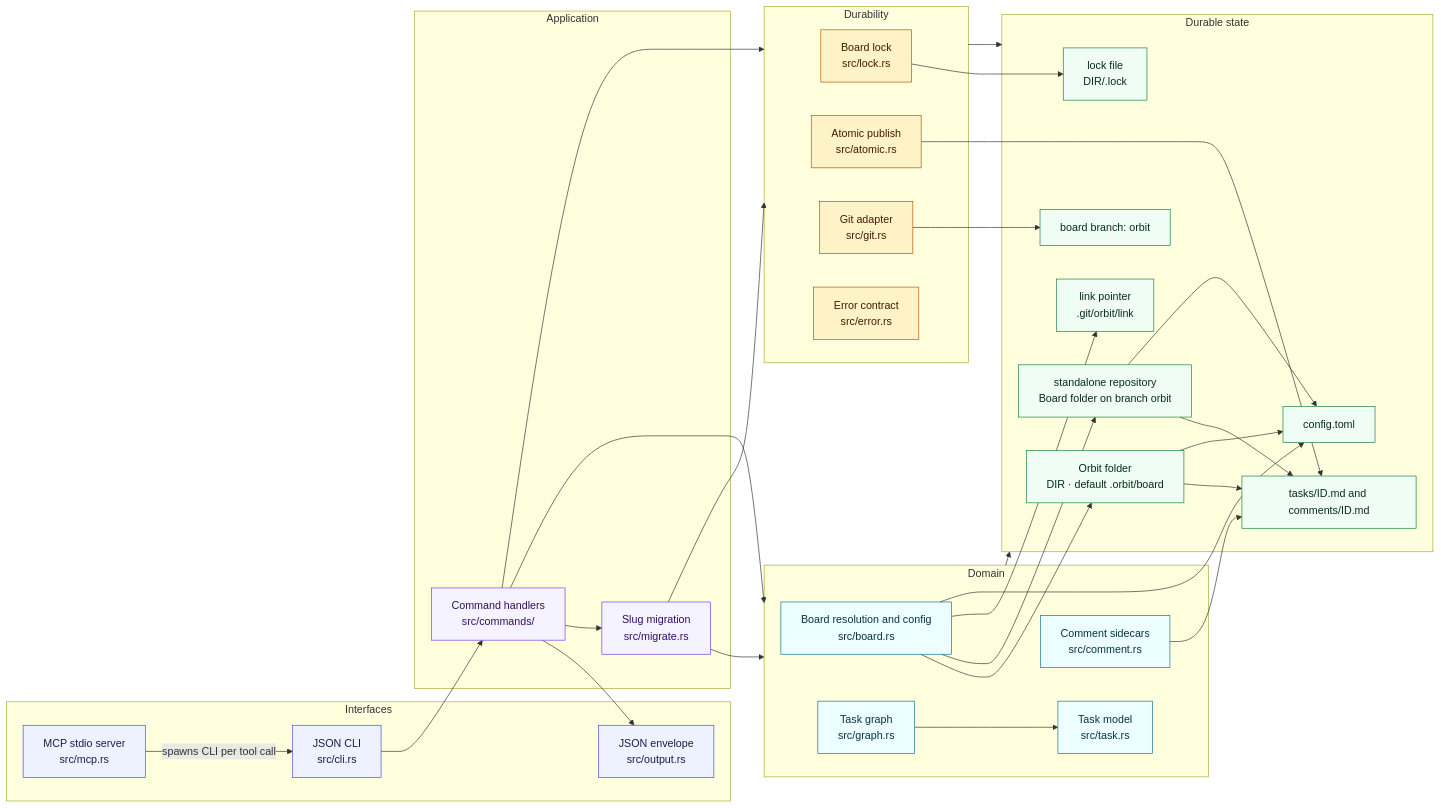
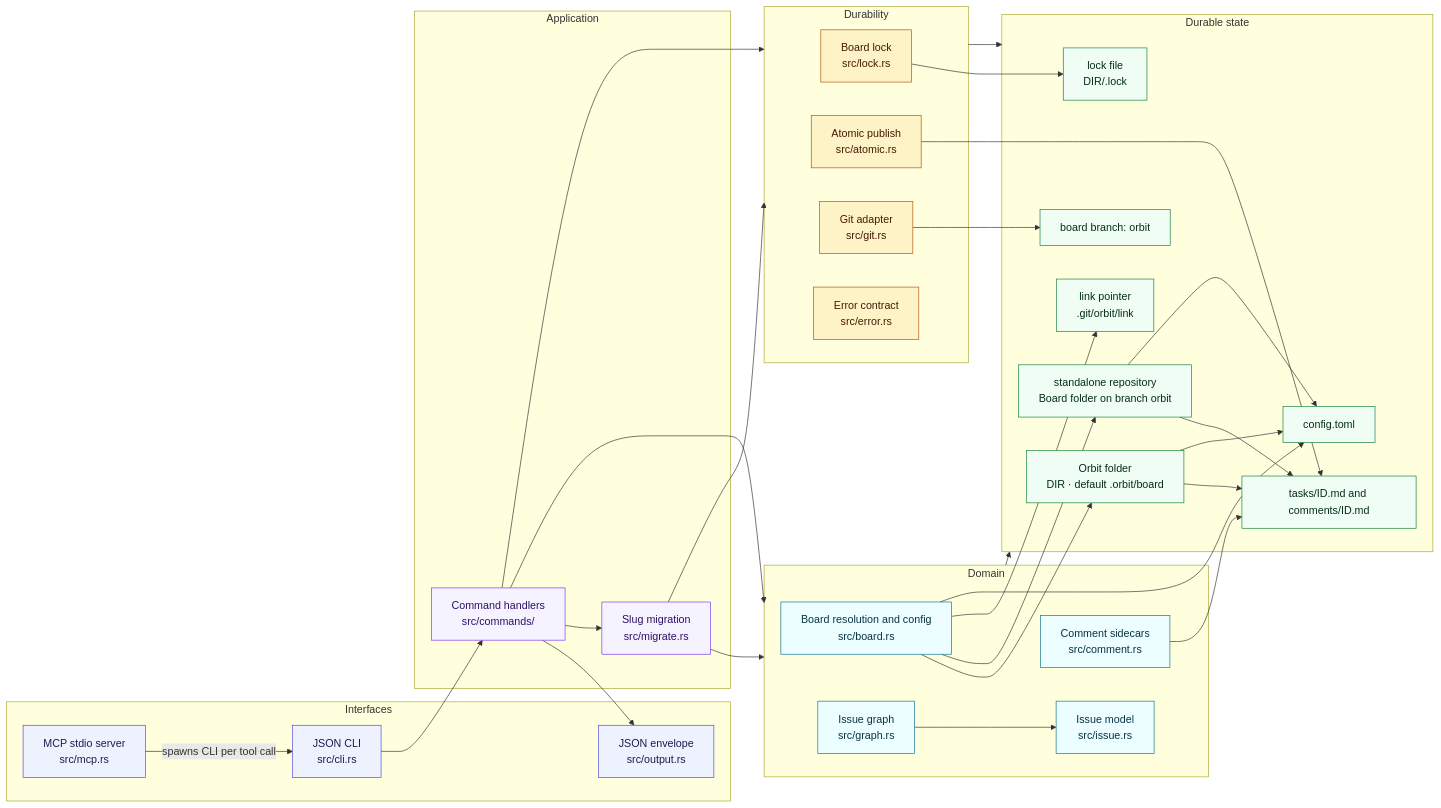
Before and after one commit to rcmendes/orbit: the diagram in docs/SPEC.md, drawn with Mermaid. The commit also changed other lines of this file and 16 other files, not shown here.

````diff
--- a/docs/SPEC.md
+++ b/docs/SPEC.md
@@ -42,73 +42,73 @@
 ```mermaid
 flowchart LR
     subgraph Interfaces["Interfaces"]
         CLI["JSON CLI<br/>src/cli.rs"]
         MCP["MCP stdio server<br/>src/mcp.rs"]
         OUT["JSON envelope<br/>src/output.rs"]
     end
 
     subgraph Application["Application"]
         CMD["Command handlers<br/>src/commands/"]
         MIGRATE["Slug migration<br/>src/migrate.rs"]
     end
 
     subgraph Domain["Domain"]
         BOARD["Board resolution and config<br/>src/board.rs"]
-        GRAPH["Task graph<br/>src/graph.rs"]
-        TASK["Task model<br/>src/task.rs"]
+        GRAPH["Issue graph<br/>src/graph.rs"]
+        TASK["Issue model<br/>src/issue.rs"]
         COMMENTS["Comment sidecars<br/>src/comment.rs"]
     end
 
     subgraph Durability["Durability"]
         LOCK["Board lock<br/>src/lock.rs"]
         ATOMIC["Atomic publish<br/>src/atomic.rs"]
         GIT["Git adapter<br/>src/git.rs"]
         ERR["Error contract<br/>src/error.rs"]
     end
 
     subgraph Data["Durable state"]
         BRANCH["board branch: orbit"]
         ORBITFOLDER["Orbit folder<br/>DIR · default .orbit/board"]
         STANDALONE["standalone repository<br/>Board folder on branch orbit"]
         LINK["link pointer<br/>.git/orbit/link"]
         FILES["tasks/ID.md and comments/ID.md"]
         CONFIG["config.toml"]
         LOCKFILE["lock file<br/>DIR/.lock"]
     end
 
     CLI --> CMD
     MCP -->|spawns CLI per tool call| CLI
     CMD --> OUT
     CMD --> MIGRATE
     CMD --> Domain
     CMD --> Durability
     MIGRATE --> Domain
     MIGRATE --> Durability
     Domain --> Data
     Durability --> Data
     GRAPH --> TASK
     BOARD --> ORBITFOLDER
     BOARD --> STANDALONE
     BOARD --> LINK
     BOARD --> CONFIG
     GIT --> BRANCH
     ATOMIC --> FILES
     COMMENTS --> FILES
     LOCK --> LOCKFILE
     ORBITFOLDER --> FILES
     ORBITFOLDER --> CONFIG
     STANDALONE --> FILES
     STANDALONE --> CONFIG
 
     classDef iface fill:#eef2ff,stroke:#4f46e5,color:#1e1b4b
     classDef app fill:#f5f3ff,stroke:#7c3aed,color:#2e1065
     classDef domain fill:#ecfeff,stroke:#0e7490,color:#083344
     classDef durable fill:#fef3c7,stroke:#b45309,color:#451a03
     classDef store fill:#f0fdf4,stroke:#15803d,color:#052e16
 
     class CLI,MCP,OUT iface
     class CMD,MIGRATE app
     class BOARD,GRAPH,TASK,COMMENTS domain
     class LOCK,ATOMIC,GIT,ERR durable
     class BRANCH,ORBITFOLDER,STANDALONE,LINK,FILES,CONFIG,LOCKFILE store
 ```
````
